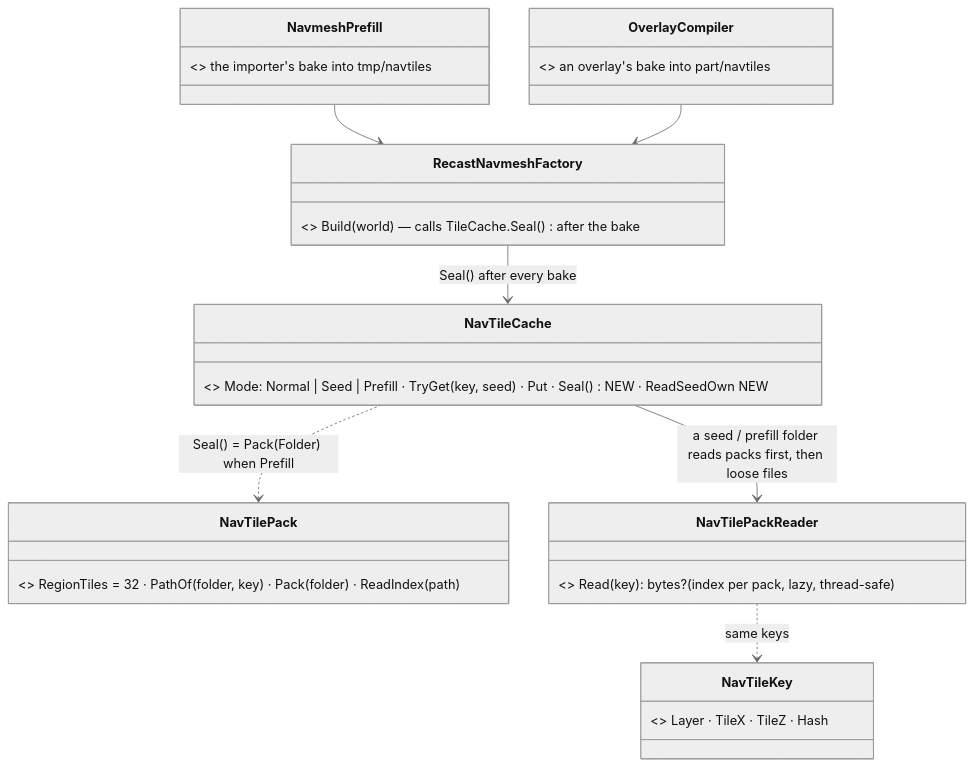
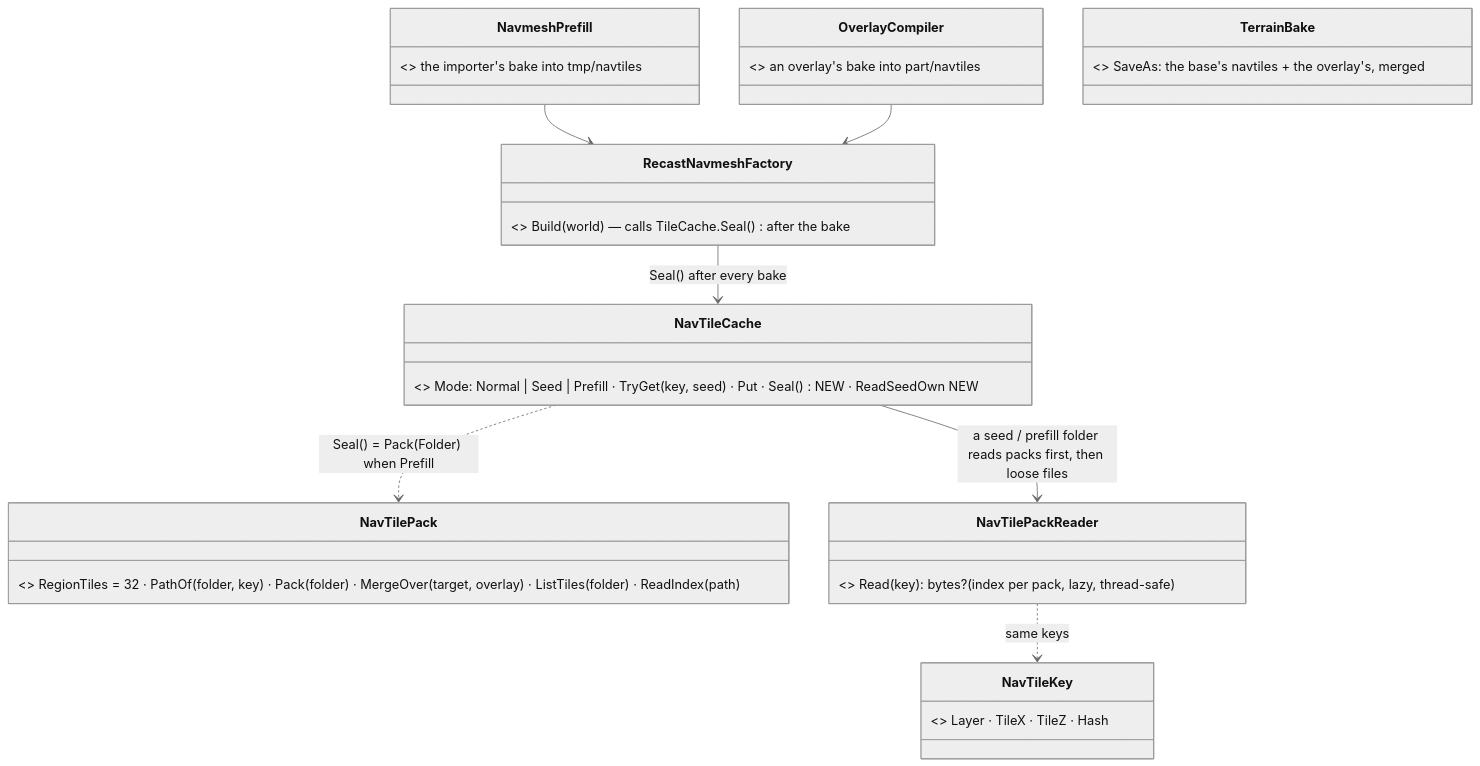
One commit to pjanec/HROT changed diagram 17 of 19 in docs/DESIGN_Terrain_Import_UTM.md. Above: the diagram before and after it, drawn with Mermaid (neutral theme). The commit also changed other lines of this file and 4 other files, not shown here.

First line of the commit message:
CE-3428 (WIP): the terrain save merges navtiles through the pack layer (NavTilePack.MergeOver, the T-6 rule kept); rails read keys

````diff
--- a/docs/DESIGN_Terrain_Import_UTM.md
+++ b/docs/DESIGN_Terrain_Import_UTM.md
@@ -1206,16 +1206,17 @@
 ```mermaid
 classDiagram
   class NavTileKey { <<existing, unchanged>> Layer · TileX · TileZ · Hash }
   class NavTileCache { <<existing, grows>> Mode: Normal | Seed | Prefill · TryGet(key, seed) · Put · Seal() NEW · ReadSeedOwn NEW }
-  class NavTilePack { <<NEW, static>> RegionTiles = 32 · PathOf(folder, key) · Pack(folder) · ReadIndex(path) }
+  class NavTilePack { <<NEW, static>> RegionTiles = 32 · PathOf(folder, key) · Pack(folder) · MergeOver(target, overlay) · ListTiles(folder) · ReadIndex(path) }
   class NavTilePackReader { <<NEW>> Read(key): bytes? (index per pack, lazy, thread-safe) }
   class RecastNavmeshFactory { <<existing>> Build(world) — calls TileCache.Seal() after the bake }
   class NavmeshPrefill { <<existing>> the importer's bake into tmp/navtiles }
   class OverlayCompiler { <<existing>> an overlay's bake into part/navtiles }
+  class TerrainBake { <<existing>> SaveAs: the base's navtiles + the overlay's, merged }
   NavTileCache --> NavTilePackReader : a seed / prefill folder reads packs first, then loose files
   NavTileCache ..> NavTilePack : Seal() = Pack(Folder) when Prefill
   RecastNavmeshFactory --> NavTileCache : Seal() after every bake
   NavmeshPrefill --> RecastNavmeshFactory
   OverlayCompiler --> RecastNavmeshFactory
   NavTilePackReader ..> NavTileKey : same keys
 ```
````
